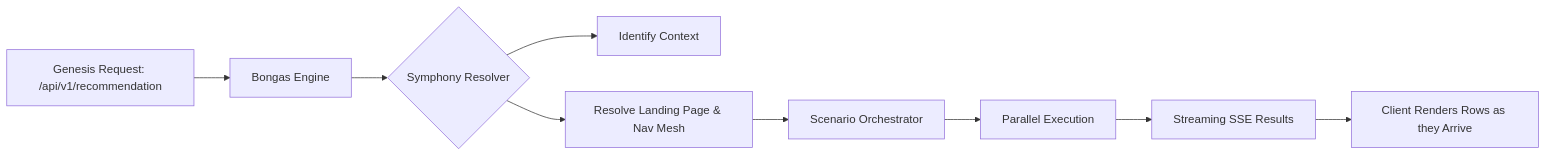
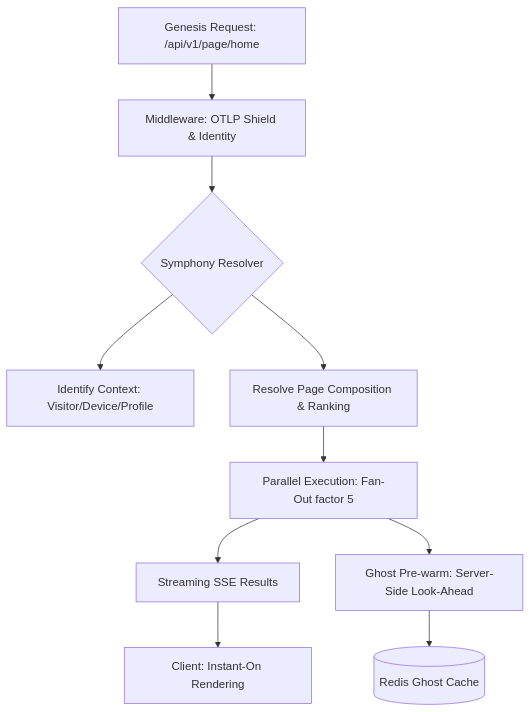
The diagram in docs/architecture/SYMPHONY.md (adiozdaniel/bongas-ai), drawn with Mermaid before and after one commit. The commit also changed other lines of this file and 7 other files, not shown here.

First line of the commit message:
docs(symphony): update architectural documentation

````diff
--- a/docs/architecture/SYMPHONY.md
+++ b/docs/architecture/SYMPHONY.md
@@ -13,11 +13,12 @@
 ```mermaid
-graph LR
-    A[Genesis Request: /api/v1/recommendation] --> B[Bongas Engine]
+graph TD
+    A[Genesis Request: /api/v1/page/home] --> B[Middleware: OTLP Shield & Identity]
     B --> C{Symphony Resolver}
-    C --> D[Identify Context]
-    C --> E[Resolve Landing Page & Nav Mesh]
-    E --> F[Scenario Orchestrator]
-    F --> G[Parallel Execution]
-    G --> H[Streaming SSE Results]
-    H --> I[Client Renders Rows as they Arrive]
+    C --> D[Identify Context: Visitor/Device/Profile]
+    C --> E[Resolve Page Composition & Ranking]
+    E --> F[Parallel Execution: Fan-Out factor 5]
+    F --> G[Streaming SSE Results]
+    F --> H[Ghost Pre-warm: Server-Side Look-Ahead]
+    G --> I[Client: Instant-On Rendering]
+    H --> J[(Redis Ghost Cache)]
 ```
````
